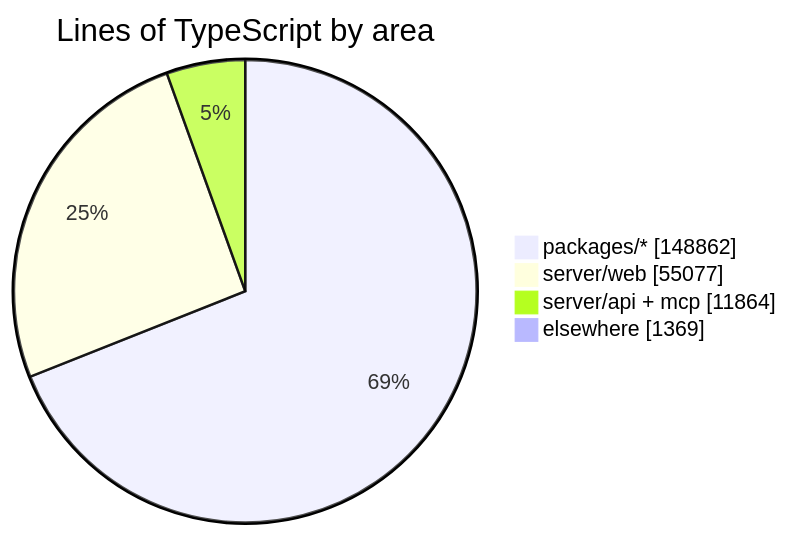
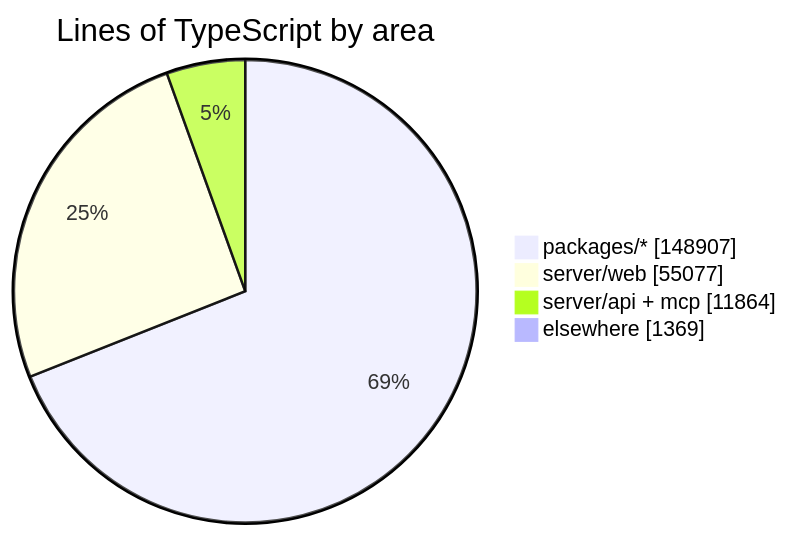
Before and after one commit to crossworks-engineering/mantle: the diagram in README.md, drawn with Mermaid. The commit also changed other lines of this file and 2 other files, not shown here.

````diff
--- a/README.md
+++ b/README.md
@@ -279,7 +279,7 @@
 ```mermaid
 pie showData title Lines of TypeScript by area
-    "packages/*" : 148862
+    "packages/*" : 148907
     "server/web" : 55077
     "server/api + mcp" : 11864
     "elsewhere" : 1369
 ```
````
